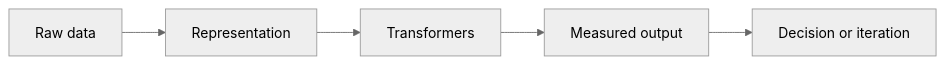
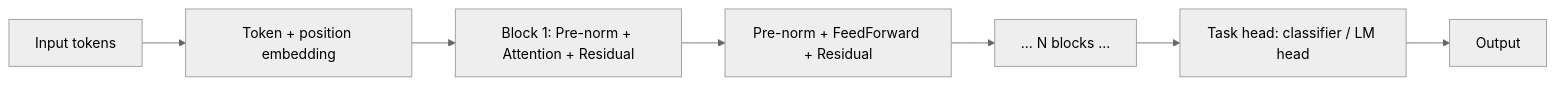
The diagram in deep-learning/12-transformers.md (Icon1cc/Machine-Learning), drawn with Mermaid (neutral theme) before and after one commit. The commit also changed other lines of this file and 264 other files, not shown here.

````diff
--- a/deep-learning/12-transformers.md
+++ b/deep-learning/12-transformers.md
@@ -92,7 +272,9 @@
 ```mermaid
 flowchart LR
-    A[Raw data] --> B[Representation]
-    B --> C[Transformers]
-    C --> D[Measured output]
-    D --> E[Decision or iteration]
+    X[Input tokens] --> E[Token + position embedding]
+    E --> B1[Block 1: Pre-norm + Attention + Residual]
+    B1 --> B2[Pre-norm + FeedForward + Residual]
+    B2 --> Bn[... N blocks ...]
+    Bn --> H[Task head: classifier / LM head]
+    H --> O[Output]
 ```
````
